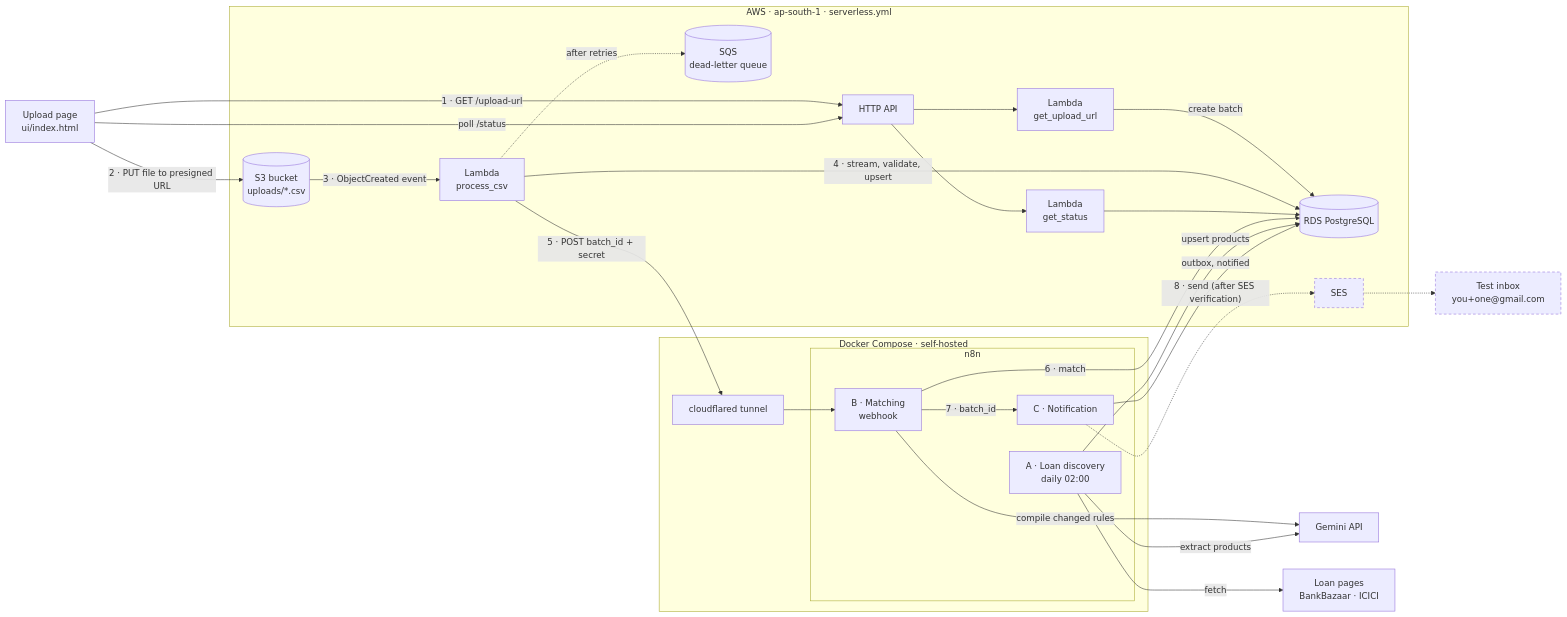
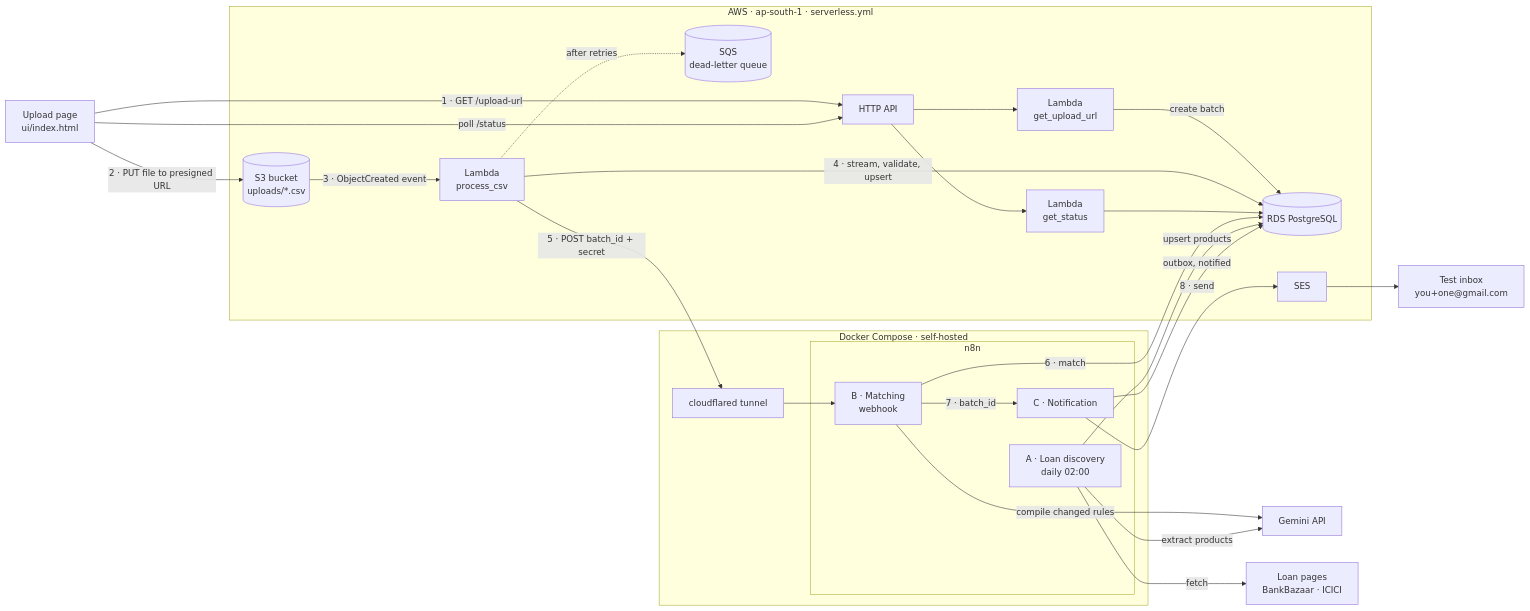
The first of 4 diagrams in README.md (Vaibhavanandsingh/loan-eligibility-engine), drawn with Mermaid before and after one commit. The commit also changed other lines of this file and 2 other files, not shown here.

First line of the commit message:
Workflow C live: emails sent and delivered through SES

````diff
--- a/README.md
+++ b/README.md
@@ -44,53 +44,50 @@
 ```mermaid
 flowchart LR
   UI["Upload page<br/>ui/index.html"]
 
   subgraph AWS["AWS · ap-south-1 · serverless.yml"]
     API["HTTP API"]
     L1["Lambda<br/>get_upload_url"]
     L3["Lambda<br/>get_status"]
     S3[("S3 bucket<br/>uploads/*.csv")]
     L2["Lambda<br/>process_csv"]
     DLQ[("SQS<br/>dead-letter queue")]
     RDS[("RDS PostgreSQL")]
     SES["SES"]
   end
 
   subgraph DOCKER["Docker Compose · self-hosted"]
     TUN["cloudflared tunnel"]
     subgraph N8N["n8n"]
       A["A · Loan discovery<br/>daily 02:00"]
       B["B · Matching<br/>webhook"]
       C["C · Notification"]
     end
   end
 
   GEM["Gemini API"]
   WEB["Loan pages<br/>BankBazaar · ICICI"]
   INBOX["Test inbox<br/>you+one@gmail.com"]
 
   UI -- "1 · GET /upload-url" --> API
   API --> L1
   L1 -- "create batch" --> RDS
   UI -- "2 · PUT file to presigned URL" --> S3
   S3 -- "3 · ObjectCreated event" --> L2
   L2 -- "4 · stream, validate, upsert" --> RDS
   L2 -. "after retries" .-> DLQ
   L2 -- "5 · POST batch_id + secret" --> TUN
   TUN --> B
   UI -- "poll /status" --> API
   API --> L3
   L3 --> RDS
   B -- "6 · match" --> RDS
   B -- "compile changed rules" --> GEM
   A -- "fetch" --> WEB
   A -- "extract products" --> GEM
   A -- "upsert products" --> RDS
   B -- "7 · batch_id" --> C
   C -- "outbox, notified" --> RDS
-  C -. "8 · send (after SES verification)" .-> SES
-  SES -.-> INBOX
-
-  classDef planned stroke-dasharray: 5 4
-  class SES,INBOX planned
+  C -- "8 · send" --> SES
+  SES --> INBOX
 ```
````
